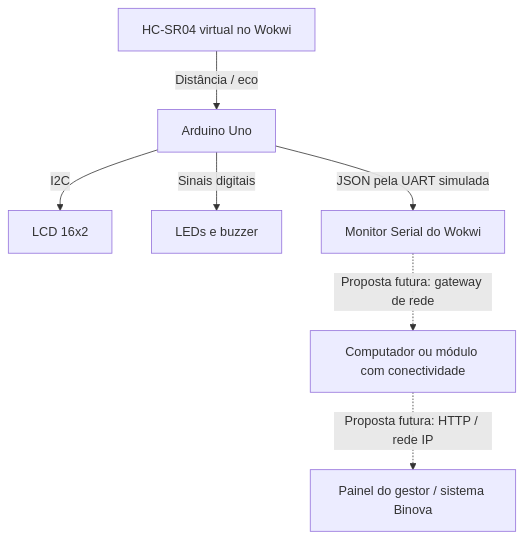
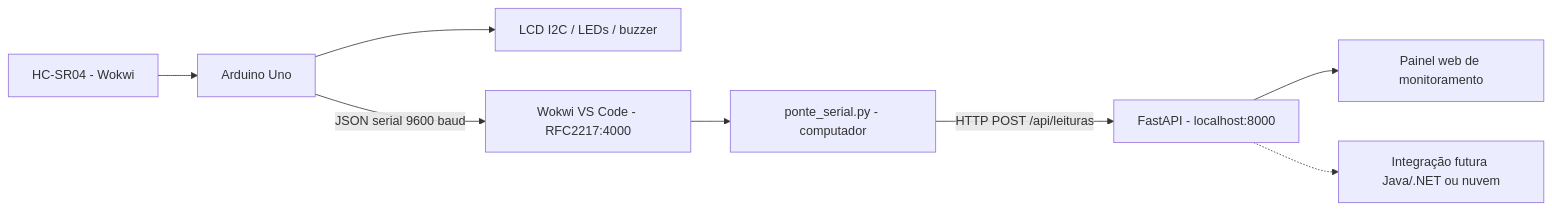
Before and after one commit to GustavoSiciliano/GlobalSolution_2026_IoT: the diagram in Evidencias/07_Arquitetura_Proposta/PROPOSTA_COMUNICACAO.md, drawn with Mermaid. The commit also changed other lines of this file and 13 other files, not shown here.

Commit message:
Ajustando e adicionando o Fast API para demonstração

````diff
--- a/Evidencias/07_Arquitetura_Proposta/PROPOSTA_COMUNICACAO.md
+++ b/Evidencias/07_Arquitetura_Proposta/PROPOSTA_COMUNICACAO.md
@@ -5,9 +5,10 @@
 ```mermaid
-flowchart TD
-    S[HC-SR04 virtual no Wokwi] -->|Distância / eco| A[Arduino Uno]
-    A -->|I2C| L[LCD 16x2]
-    A -->|Sinais digitais| I[LEDs e buzzer]
-    A -->|JSON pela UART simulada| M[Monitor Serial do Wokwi]
-    M -.->|Proposta futura: gateway de rede| G[Computador ou módulo com conectividade]
-    G -.->|Proposta futura: HTTP / rede IP| P[Painel do gestor / sistema Binova]
+flowchart LR
+    S[HC-SR04 - Wokwi] --> A[Arduino Uno]
+    A --> L[LCD I2C / LEDs / buzzer]
+    A -->|JSON serial 9600 baud| W[Wokwi VS Code - RFC2217:4000]
+    W --> P[ponte_serial.py - computador]
+    P -->|HTTP POST /api/leituras| API[FastAPI - localhost:8000]
+    API --> WEB[Painel web de monitoramento]
+    API -.-> FUT[Integração futura Java/.NET ou nuvem]
 ```
````
